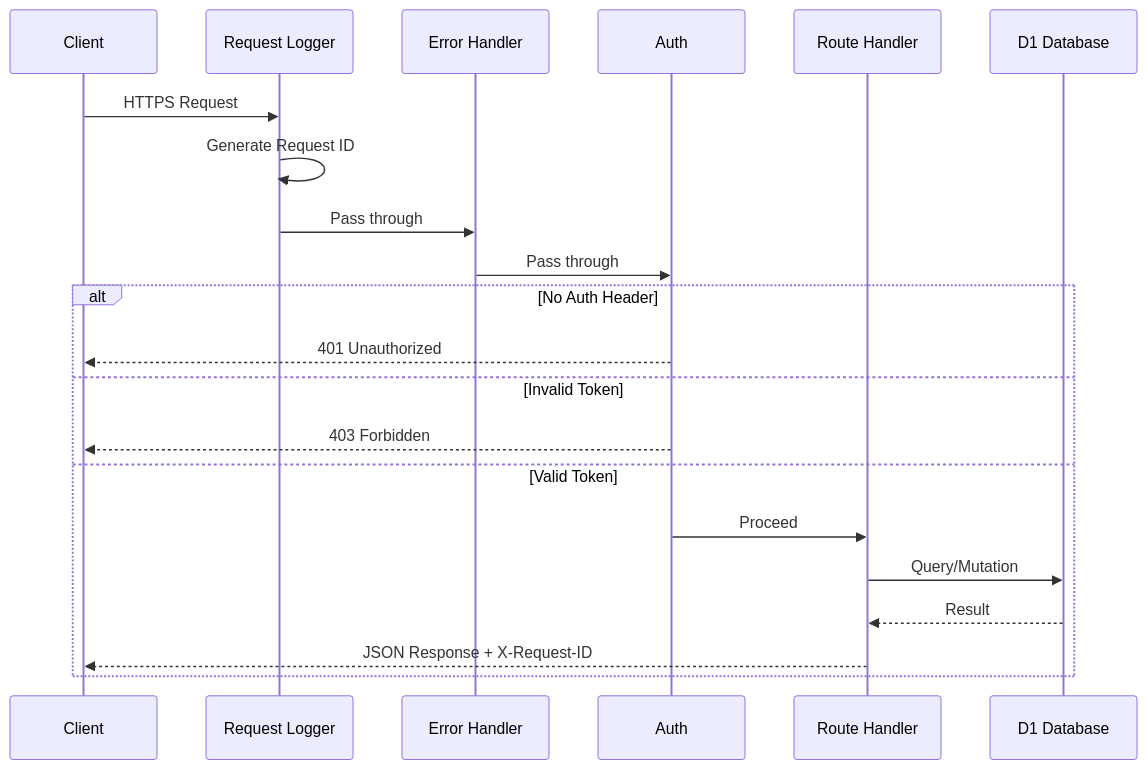
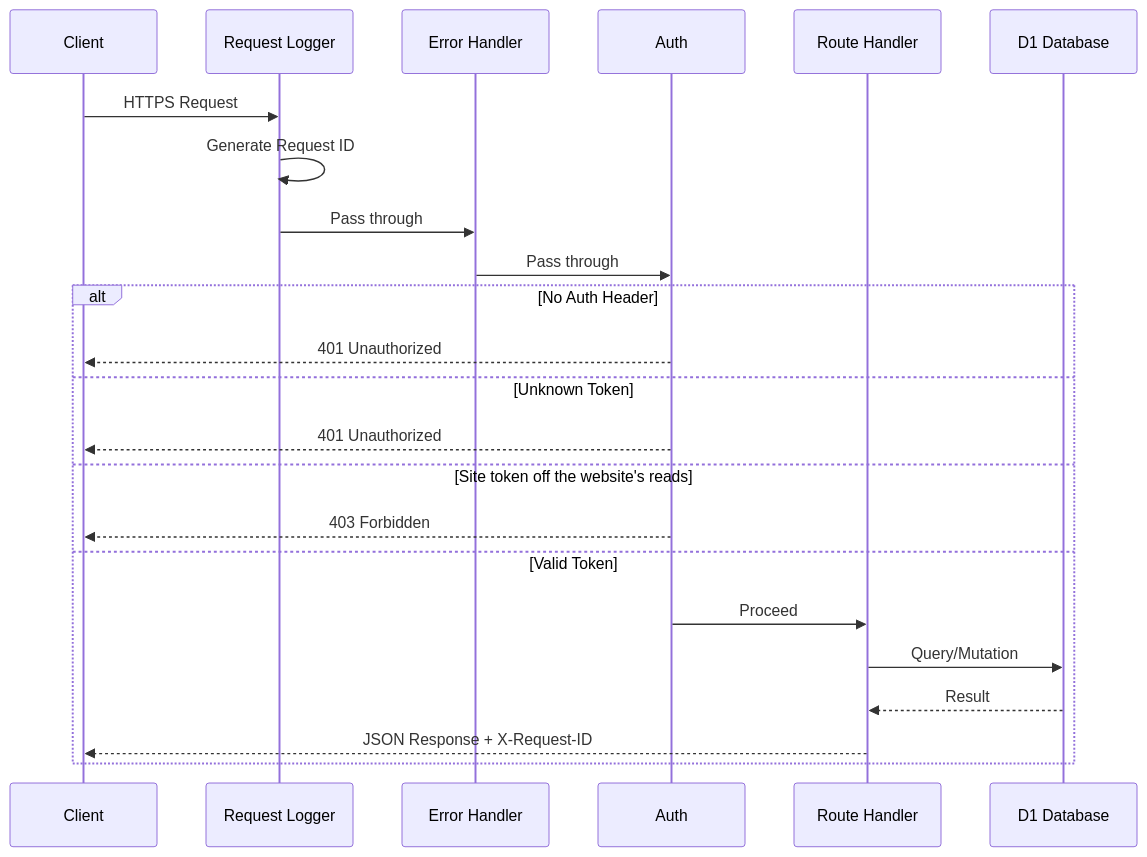
The second of 2 diagrams in readme.md (Aarekaz/api), drawn with Mermaid before and after one commit. The commit also changed 1 other file, not shown here.

Commit message:
Docs: ADR 0011's open upload items are done; readme's auth diagram shows 401 for an unknown token

````diff
--- a/readme.md
+++ b/readme.md
@@ -58,25 +58,27 @@
 ```mermaid
 sequenceDiagram
     participant C as Client
     participant RL as Request Logger
     participant EH as Error Handler
     participant A as Auth
     participant R as Route Handler
     participant DB as D1 Database
 
     C->>RL: HTTPS Request
     RL->>RL: Generate Request ID
     RL->>EH: Pass through
     EH->>A: Pass through
     
     alt No Auth Header
         A-->>C: 401 Unauthorized
-    else Invalid Token
+    else Unknown Token
+        A-->>C: 401 Unauthorized
+    else Site token off the website's reads
         A-->>C: 403 Forbidden
     else Valid Token
         A->>R: Proceed
         R->>DB: Query/Mutation
         DB-->>R: Result
         R-->>C: JSON Response + X-Request-ID
     end
 ```
````
